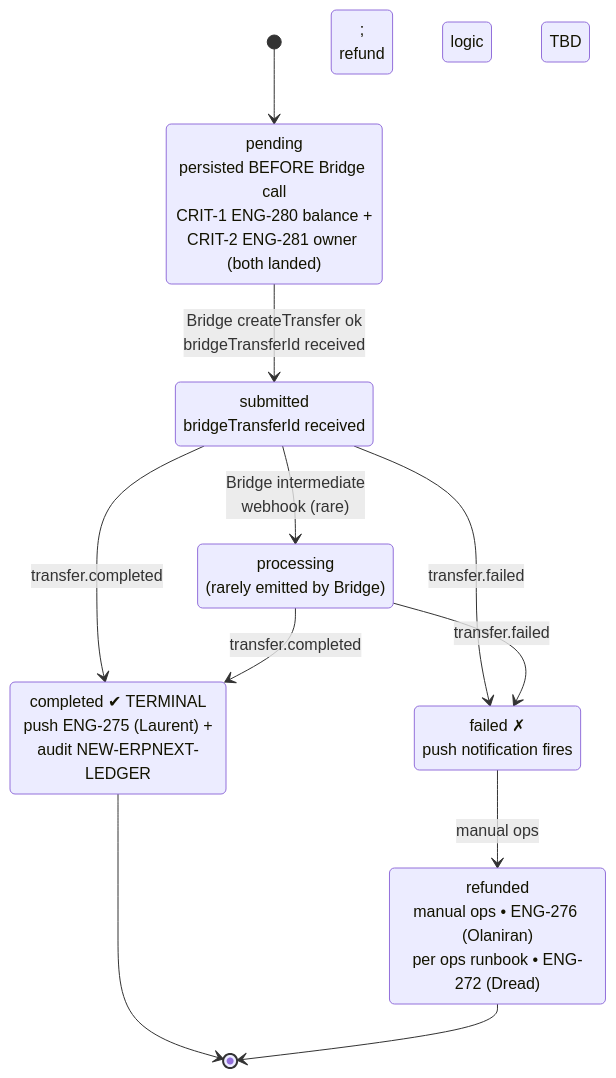
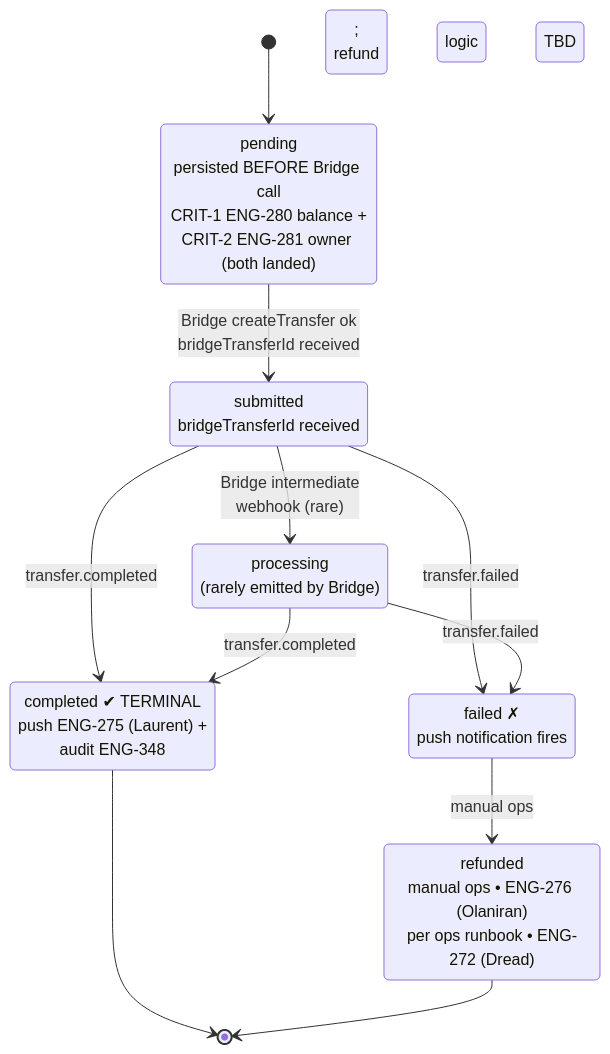
One commit to lnflash/flash changed the sixth of 10 diagrams in docs/bridge-integration/FLOWS.md. Above: the diagram before and after it, drawn with Mermaid. The commit also changed other lines of this file and 9 other files, not shown here.

````diff
--- a/docs/bridge-integration/FLOWS.md
+++ b/docs/bridge-integration/FLOWS.md
@@ -320,22 +320,22 @@
 ```mermaid
 stateDiagram-v2
     direction TB
 
     [*] --> pending
     pending --> submitted : Bridge createTransfer ok<br/>bridgeTransferId received
     submitted --> processing : Bridge intermediate<br/>webhook (rare)
     submitted --> completed : transfer.completed
     processing --> completed : transfer.completed
     submitted --> failed : transfer.failed
     processing --> failed : transfer.failed
     failed --> refunded : manual ops
     completed --> [*]
     refunded --> [*]
 
     pending : pending<br/>persisted BEFORE Bridge call<br/>CRIT-1 ENG-280 balance +<br/>CRIT-2 ENG-281 owner (both landed)
     submitted : submitted<br/>bridgeTransferId received
     processing : processing<br/>(rarely emitted by Bridge)
-    completed : completed ✔ TERMINAL<br/>push ENG-275 (Laurent) +<br/>audit NEW-ERPNEXT-LEDGER
+    completed : completed ✔ TERMINAL<br/>push ENG-275 (Laurent) +<br/>audit ENG-348
     failed : failed ✗<br/>push notification fires;<br/>refund logic TBD
     refunded : refunded<br/>manual ops • ENG-276 (Olaniran)<br/>per ops runbook • ENG-272 (Dread)
 ```
````
